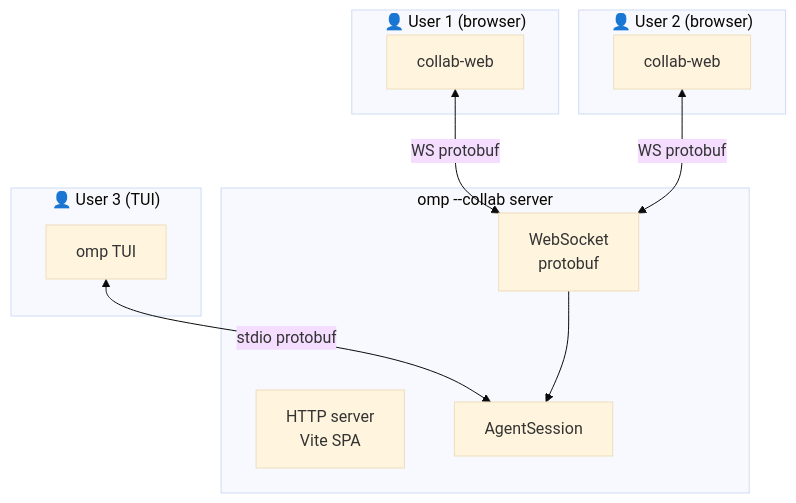
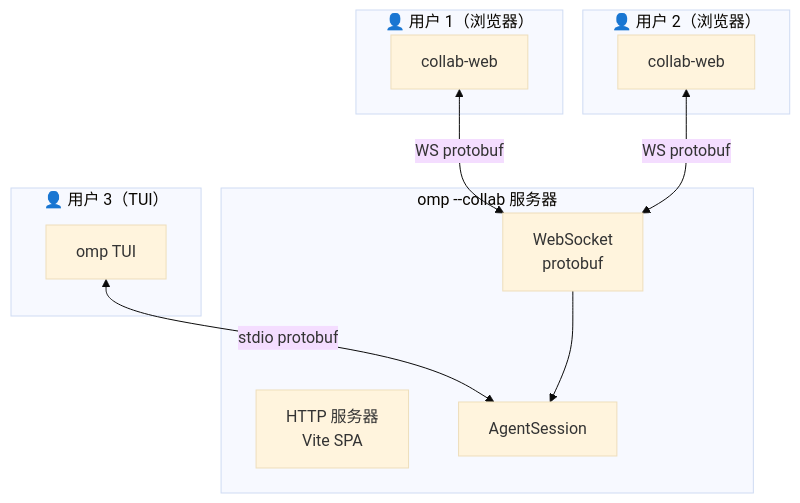
The sixth of 6 diagrams in docs-site/architecture.md (YeLuo45/oh-my-pi-design), drawn with Mermaid (base theme) before and after one commit. The commit also changed other lines of this file and 37 other files, not shown here.

````diff
--- a/docs-site/architecture.md
+++ b/docs-site/architecture.md
@@ -303,23 +303,23 @@
 ```mermaid
 flowchart TB
-  subgraph Browser1["👤 User 1 (browser)"]
+  subgraph Browser1["👤 用户 1（浏览器）"]
     Web1[collab-web]
   end
-  subgraph Browser2["👤 User 2 (browser)"]
+  subgraph Browser2["👤 用户 2（浏览器）"]
     Web2[collab-web]
   end
-  subgraph Browser3["👤 User 3 (TUI)"]
+  subgraph Browser3["👤 用户 3（TUI）"]
     TUI3[omp TUI]
   end
   
-  subgraph Server["omp --collab server"]
-    HTTP[HTTP server<br/>Vite SPA]
+  subgraph Server["omp --collab 服务器"]
+    HTTP[HTTP 服务器<br/>Vite SPA]
     WS[WebSocket<br/>protobuf]
     Session[AgentSession]
   end
 
   Web1 <-->|WS protobuf| WS
   Web2 <-->|WS protobuf| WS
   TUI3 <-->|stdio protobuf| Session
   WS --> Session
 ```
````
